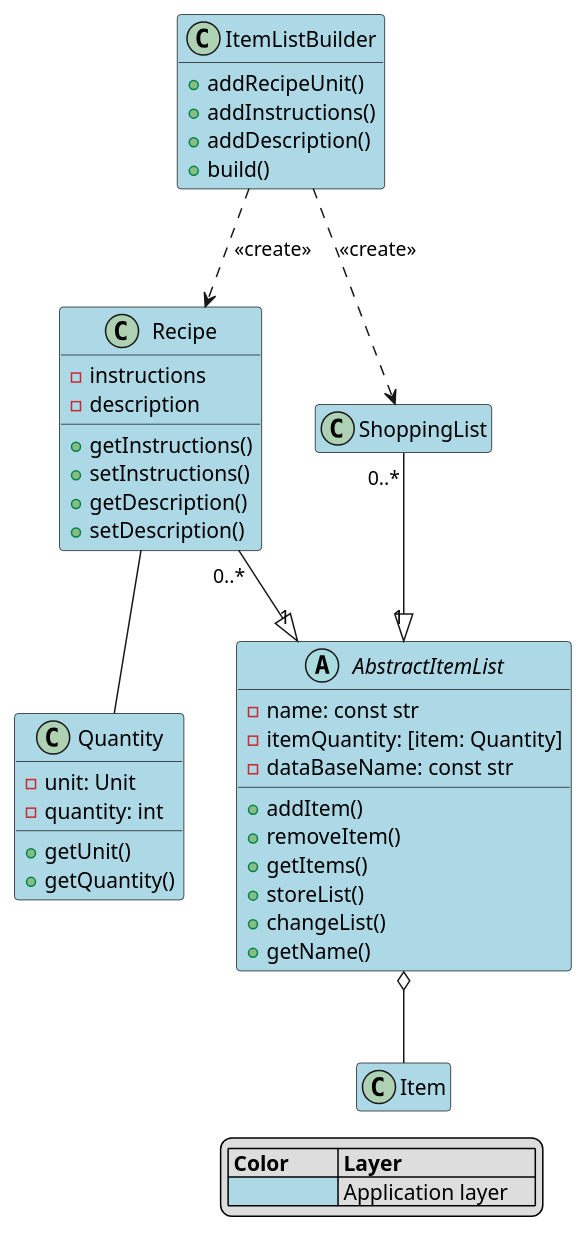
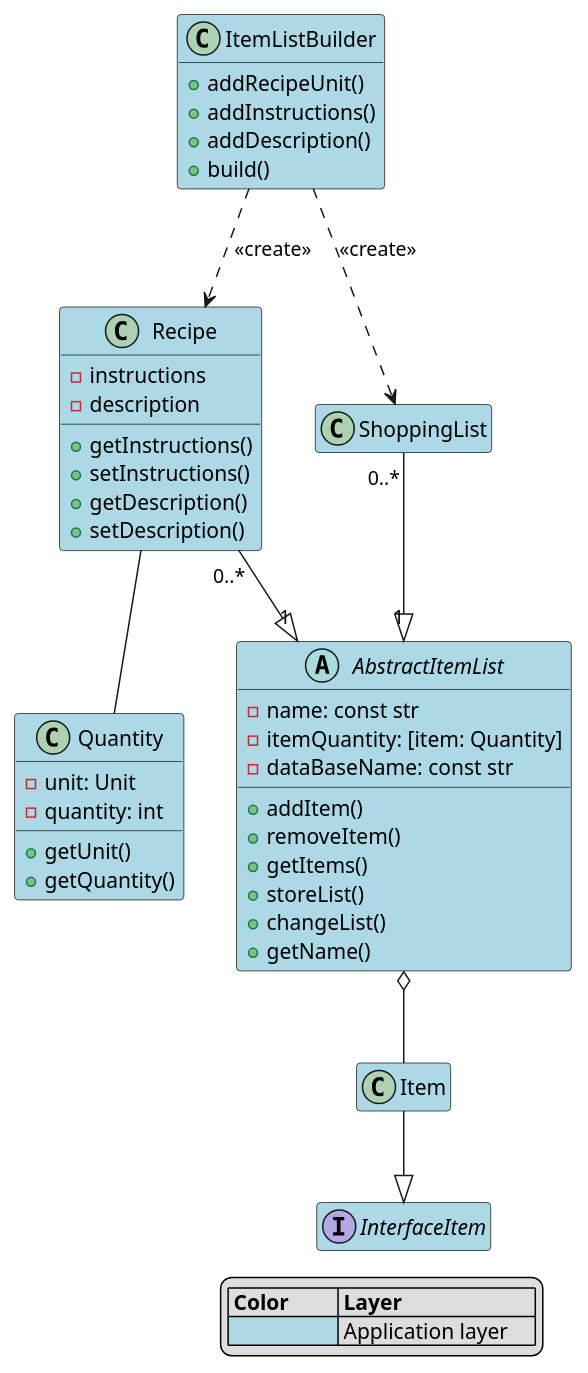
Before and after one commit to Uhgtred/Recipe_Shopping_List: the diagram in Architecture/Application/ClassViewApplication.puml, drawn with PlantUML. The commit also changed 4 other files, not shown here.

Commit message:
refactoring architecture iteratively and starting implementation of ShoppingListController.kt and ItemFactory.kt

```diff
--- a/Architecture/Application/ClassViewApplication.puml
+++ b/Architecture/Application/ClassViewApplication.puml
@@ -1,55 +1,58 @@
 @startuml
 hide empty members
 
 
 
 class ItemListBuilder #lightblue{
     + addRecipeUnit()
     + addInstructions()
     + addDescription()
     + build()
 }
 ItemListBuilder ..> Recipe: <<create>>
 ItemListBuilder ..> ShoppingList: <<create>>
 
 class ShoppingList #lightblue
 ShoppingList "0..*" --|> "1" AbstractItemList
 
 class Recipe #lightblue {
     - instructions
     - description
     + getInstructions()
     + setInstructions()
     + getDescription()
     + setDescription()
 }
 Recipe "0..*" --|> "1" AbstractItemList
 Recipe -- Quantity
 
 abstract class AbstractItemList #lightblue{
    - name: const str
    - itemQuantity: [item: Quantity]
    - dataBaseName: const str
    + addItem()
    + removeItem()
    + getItems()
    + storeList()
    + changeList()
    + getName()
 }
 AbstractItemList o-- Item
 
 class Item #lightblue
+Item --|> InterfaceItem
+
+interface InterfaceItem #lightblue
 
 class Quantity #lightblue{
     - unit: Unit
     - quantity: int
     + getUnit()
     + getQuantity()
 }
 
 legend bottom right
 | **Color**         | **Layer**             |
 | <#lightblue>      | Application layer     |
 end legend
 @enduml
```
